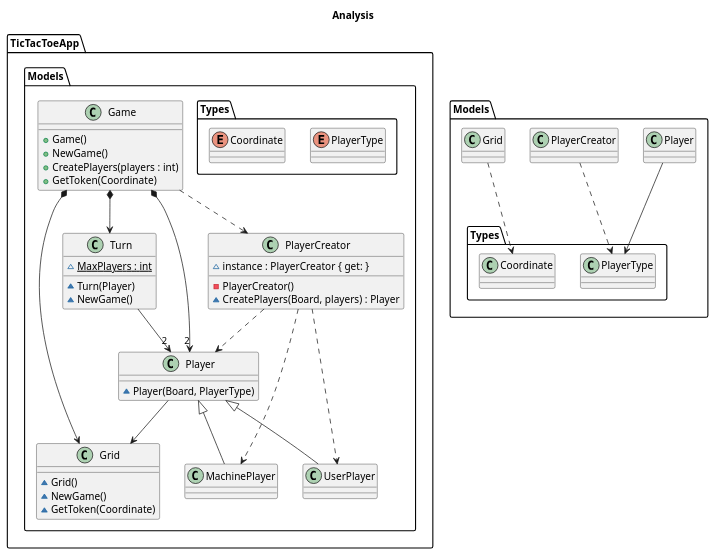
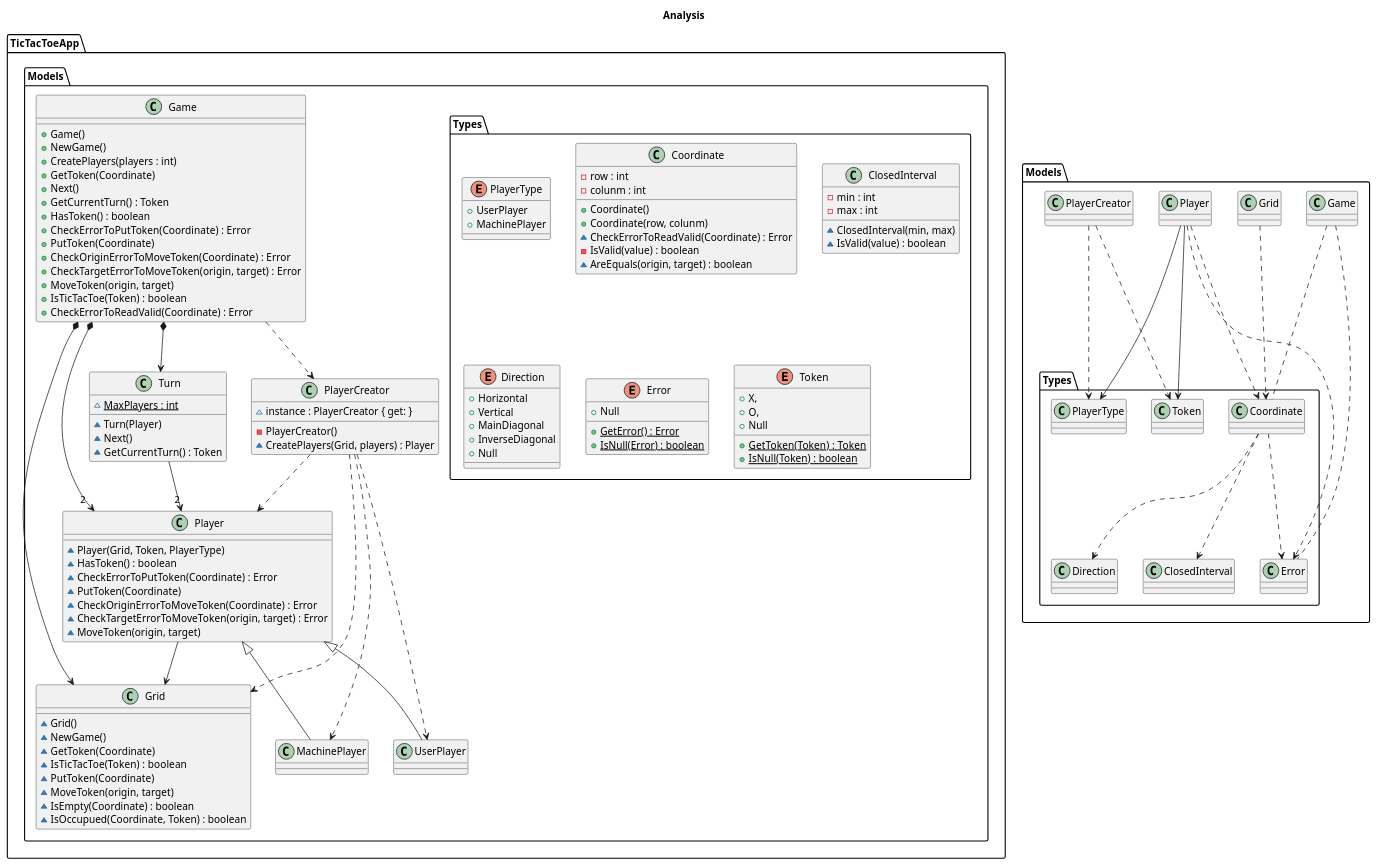
The eighth of 10 diagrams in src/DocumentView/Basic/Docs/Analysis.plantuml (franpaulinoinfante/TicTacToe), drawn with PlantUML before and after one commit. The commit also changed other lines of this file, not shown here.

```diff
--- a/src/DocumentView/Basic/Docs/Analysis.plantuml
+++ b/src/DocumentView/Basic/Docs/Analysis.plantuml
@@ -492,57 +505,134 @@
 @startuml Analysis Models
     title Analysis 
 
     package TicTacToeApp{
         namespace Models{
             class Game{
                 +Game()
                 +NewGame()
                 +CreatePlayers(players : int)
                 +GetToken(Coordinate)
+                +Next()
+                +GetCurrentTurn() : Token
+                +HasToken() : boolean
+                +CheckErrorToPutToken(Coordinate) : Error
+                +PutToken(Coordinate)
+                +CheckOriginErrorToMoveToken(Coordinate) : Error
+                +CheckTargetErrorToMoveToken(origin, target) : Error
+                +MoveToken(origin, target)
+                +IsTicTacToe(Token) : boolean
+                +CheckErrorToReadValid(Coordinate) : Error
             }
             Game *--> Grid
             Game *--> Turn
             Game *--> "2" Player
             Game ..> PlayerCreator
 
             class PlayerCreator{
                 ~instance : PlayerCreator { get: }
                 -PlayerCreator()
-                ~CreatePlayers(Board, players) : Player
+                ~CreatePlayers(Grid, players) : Player
             }
             PlayerCreator ..> Player
             PlayerCreator ..> UserPlayer
             PlayerCreator ..> MachinePlayer
+            PlayerCreator ..> Grid
 
             class Player{
-                ~Player(Board, PlayerType)
+                ~Player(Grid, Token, PlayerType)
+                ~HasToken() : boolean
+                ~CheckErrorToPutToken(Coordinate) : Error
+                ~PutToken(Coordinate)
+                ~CheckOriginErrorToMoveToken(Coordinate) : Error
+                ~CheckTargetErrorToMoveToken(origin, target) : Error
+                ~MoveToken(origin, target)
             }
             Player <|-- UserPlayer
             Player <|-- MachinePlayer
             Player --> Grid
 
             class Turn{
                 ~{static}MaxPlayers : int
                 ~Turn(Player)
-                ~NewGame()
+                ~Next()
+                ~GetCurrentTurn() : Token
             }
             Turn --> "2" Player
 
             class Grid{
                 ~Grid()
                 ~NewGame()
                 ~GetToken(Coordinate)
+                ~IsTicTacToe(Token) : boolean
+                ~PutToken(Coordinate)
+                ~MoveToken(origin, target)
+                ~IsEmpty(Coordinate) : boolean
+                ~IsOccupued(Coordinate, Token) : boolean
             }
 
             namespace Types{
-                enum PlayerType
-                enum Coordinate
+                enum PlayerType{
+                    +UserPlayer
+                    +MachinePlayer
+                }
+
+                class Coordinate{
+                    -row : int
+                    -colunm : int
+                    +Coordinate()
+                    +Coordinate(row, colunm)
+                    ~CheckErrorToReadValid(Coordinate) : Error
+                    -IsValid(value) : boolean
+                    ~AreEquals(origin, target) : boolean
+                }
+
+                class ClosedInterval{
+                    -min : int
+                    -max : int
+                    ~ClosedInterval(min, max)
+                    ~IsValid(value) : boolean
+                }
+
+                enum Direction{
+                    +Horizontal
+                    +Vertical
+                    +MainDiagonal
+                    +InverseDiagonal
+                    +Null
+                }
+
+                enum Error{
+                    +Null
+                    +{static}GetError() : Error
+                    +{static}IsNull(Error) : boolean
+                }
+
+                enum Token{
+                    +X,
+                    +O,
+                    +Null
+                    +{static}GetToken(Token) : Token
+                    +{static}IsNull(Token) : boolean
+                }
             }
         }
     }
+
+    Models.Game .. Models.Types.Coordinate
+    Models.Game .. Models.Types.Error
     
-    Models.Player --> Models.Types.PlayerType
-    Models.PlayerCreator ..> Models.Types.PlayerType    
+    Models.Player --> Models.Types.PlayerType 
+    Models.Player --> Models.Types.Token 
+    Models.Player ..> Models.Types.Coordinate   
+    Models.Player ..> Models.Types.Error   
+
+    Models.PlayerCreator ..> Models.Types.PlayerType   
+    Models.PlayerCreator ..> Models.Types.Token    
+
     Models.Grid ..> Models.Types.Coordinate
 
+    Models.Types.Coordinate ..> Models.Types.Error
+    Models.Types.Coordinate ..> Models.Types.Direction
+    Models.Types.Coordinate ..> Models.Types.ClosedInterval
+
 @enduml
```
